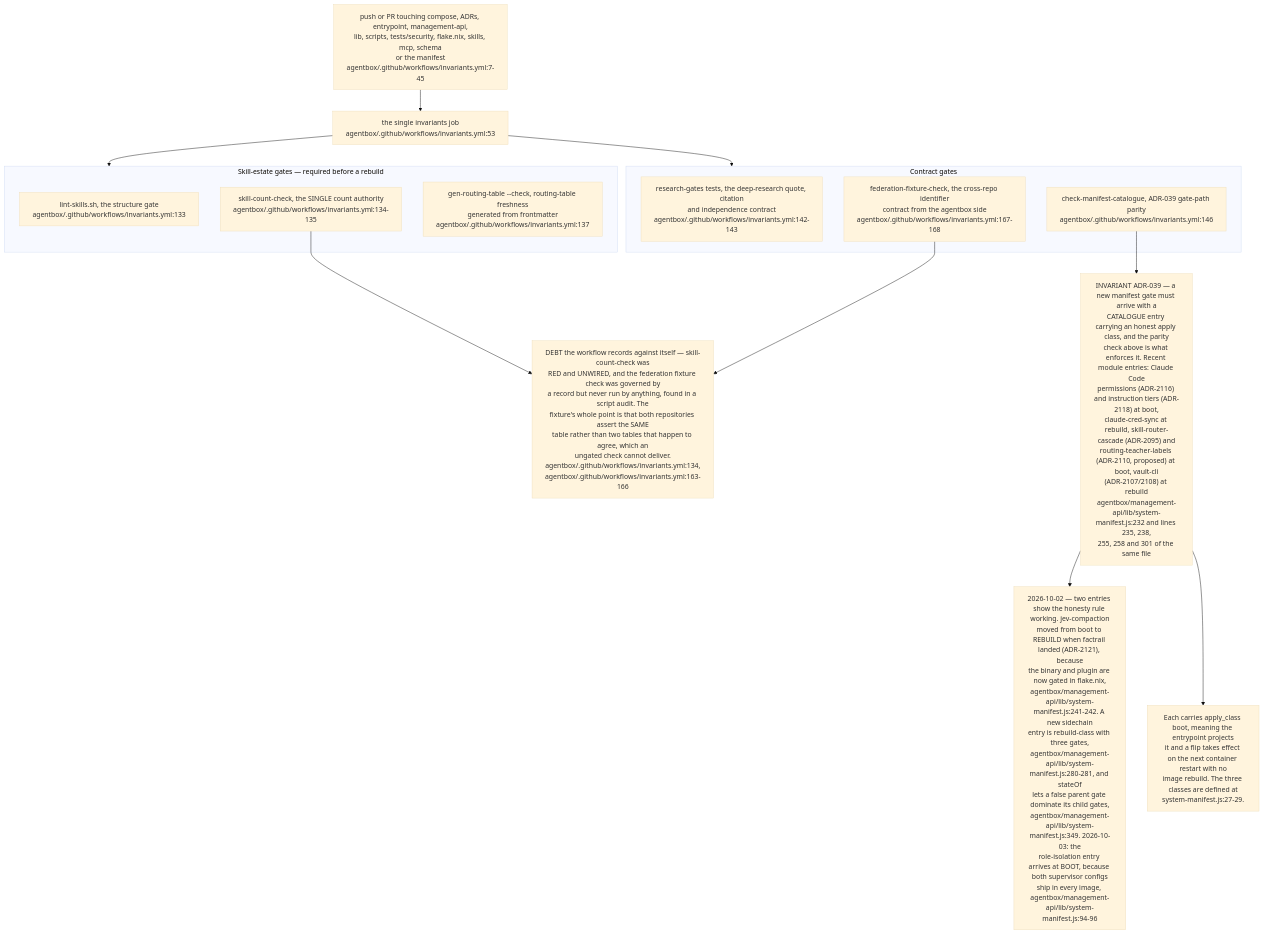
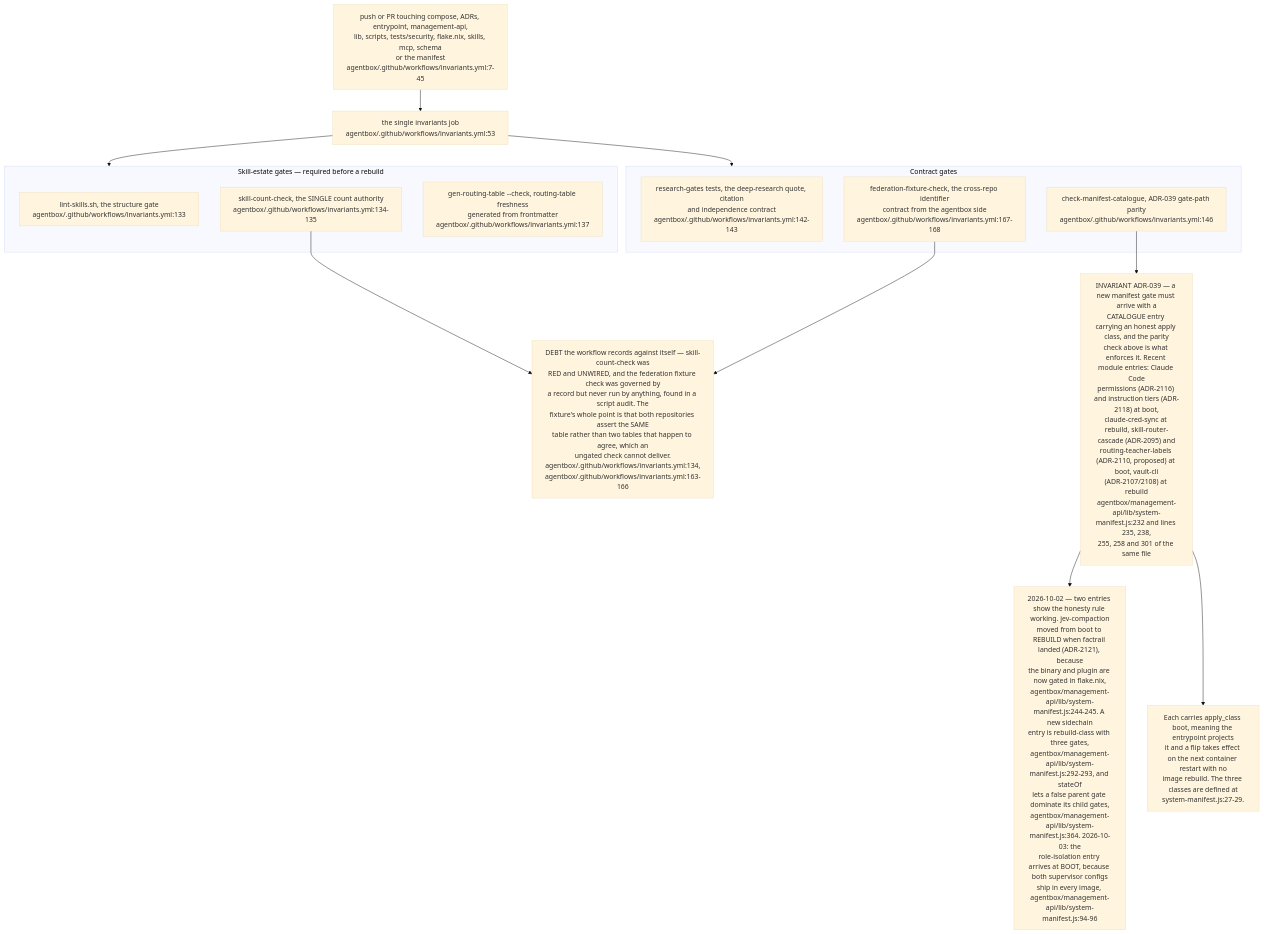
Before and after one commit to DreamLab-AI/VisionFlow: diagram 22 of 24 in docs/diagrams/estate/09-build-deploy-and-ci-estate.md, drawn with Mermaid (base theme). The commit also changed other lines of this file and 80 other files, not shown here.

First line of the commit message:
docs(diagrams): re-verify the agentbox, dreamlab, estate and visionflow corpus against current sources

````diff
--- a/docs/diagrams/estate/09-build-deploy-and-ci-estate.md
+++ b/docs/diagrams/estate/09-build-deploy-and-ci-estate.md
@@ -745,32 +745,32 @@
 ```mermaid
 flowchart TB
     TRIG["push or PR touching compose, ADRs, entrypoint, management-api,<br/>lib, scripts, tests/security, flake.nix, skills, mcp, schema<br/>or the manifest<br/>agentbox/.github/workflows/invariants.yml:7-45"]
     JOB["the single invariants job<br/>agentbox/.github/workflows/invariants.yml:53"]
     TRIG --> JOB
 
     subgraph SKILLS["Skill-estate gates — required before a rebuild"]
         S1["lint-skills.sh, the structure gate<br/>agentbox/.github/workflows/invariants.yml:133"]
         S2["skill-count-check, the SINGLE count authority<br/>agentbox/.github/workflows/invariants.yml:134-135"]
         S3["gen-routing-table --check, routing-table freshness<br/>generated from frontmatter<br/>agentbox/.github/workflows/invariants.yml:137"]
     end
     JOB --> SKILLS
 
     subgraph CONTRACT["Contract gates"]
         C1["research-gates tests, the deep-research quote, citation<br/>and independence contract<br/>agentbox/.github/workflows/invariants.yml:142-143"]
         C2["check-manifest-catalogue, ADR-039 gate-path parity<br/>agentbox/.github/workflows/invariants.yml:146"]
         C3["federation-fixture-check, the cross-repo identifier<br/>contract from the agentbox side<br/>agentbox/.github/workflows/invariants.yml:167-168"]
     end
     JOB --> CONTRACT
 
     DEBT["DEBT the workflow records against itself — skill-count-check was<br/>RED and UNWIRED, and the federation fixture check was governed by<br/>a record but never run by anything, found in a script audit. The<br/>fixture's whole point is that both repositories assert the SAME<br/>table rather than two tables that happen to agree, which an<br/>ungated check cannot deliver.<br/>agentbox/.github/workflows/invariants.yml:134,<br/>agentbox/.github/workflows/invariants.yml:163-166"]
     S2 --> DEBT
     C3 --> DEBT
 
     CAT["INVARIANT ADR-039 — a new manifest gate must arrive with a<br/>CATALOGUE entry carrying an honest apply class, and the parity<br/>check above is what enforces it. Recent module entries: Claude Code<br/>permissions (ADR-2116) and instruction tiers (ADR-2118) at boot,<br/>claude-cred-sync at rebuild, skill-router-cascade (ADR-2095) and<br/>routing-teacher-labels (ADR-2110, proposed) at boot, vault-cli<br/>(ADR-2107/2108) at rebuild<br/>agentbox/management-api/lib/system-manifest.js:232 and lines 235, 238,<br/>255, 258 and 301 of the same file"]
-    HONEST["2026-10-02 — two entries show the honesty rule working. jev-compaction<br/>moved from boot to REBUILD when factrail landed (ADR-2121), because<br/>the binary and plugin are now gated in flake.nix,<br/>agentbox/management-api/lib/system-manifest.js:241-242. A new sidechain<br/>entry is rebuild-class with three gates,<br/>agentbox/management-api/lib/system-manifest.js:280-281, and stateOf<br/>lets a false parent gate dominate its child gates,<br/>agentbox/management-api/lib/system-manifest.js:349. 2026-10-03: the<br/>role-isolation entry arrives at BOOT, because both supervisor configs<br/>ship in every image, agentbox/management-api/lib/system-manifest.js:94-96"]
+    HONEST["2026-10-02 — two entries show the honesty rule working. jev-compaction<br/>moved from boot to REBUILD when factrail landed (ADR-2121), because<br/>the binary and plugin are now gated in flake.nix,<br/>agentbox/management-api/lib/system-manifest.js:244-245. A new sidechain<br/>entry is rebuild-class with three gates,<br/>agentbox/management-api/lib/system-manifest.js:292-293, and stateOf<br/>lets a false parent gate dominate its child gates,<br/>agentbox/management-api/lib/system-manifest.js:364. 2026-10-03: the<br/>role-isolation entry arrives at BOOT, because both supervisor configs<br/>ship in every image, agentbox/management-api/lib/system-manifest.js:94-96"]
     CAT --> HONEST
     C2 --> CAT
 
     CLASS["Each carries apply_class boot, meaning the entrypoint projects<br/>it and a flip takes effect on the next container restart with no<br/>image rebuild. The three classes are defined at<br/>system-manifest.js:27-29."]
     CAT --> CLASS
 ```
````
